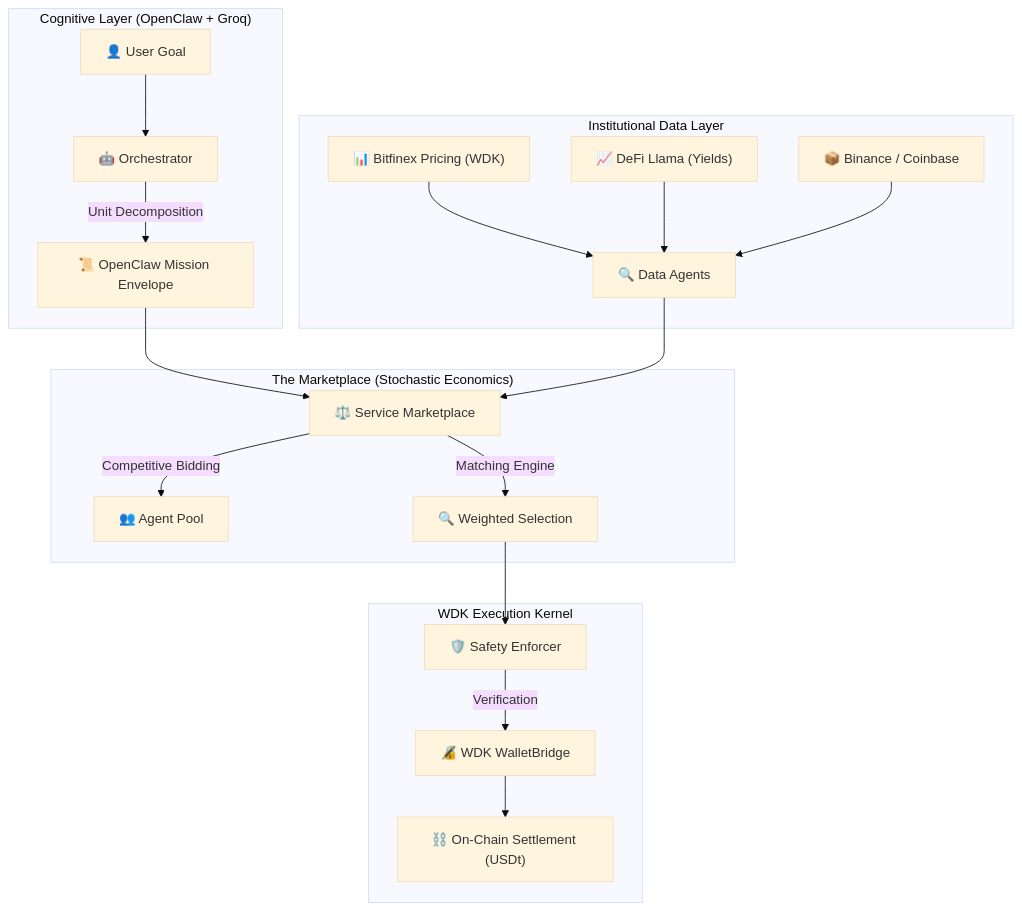
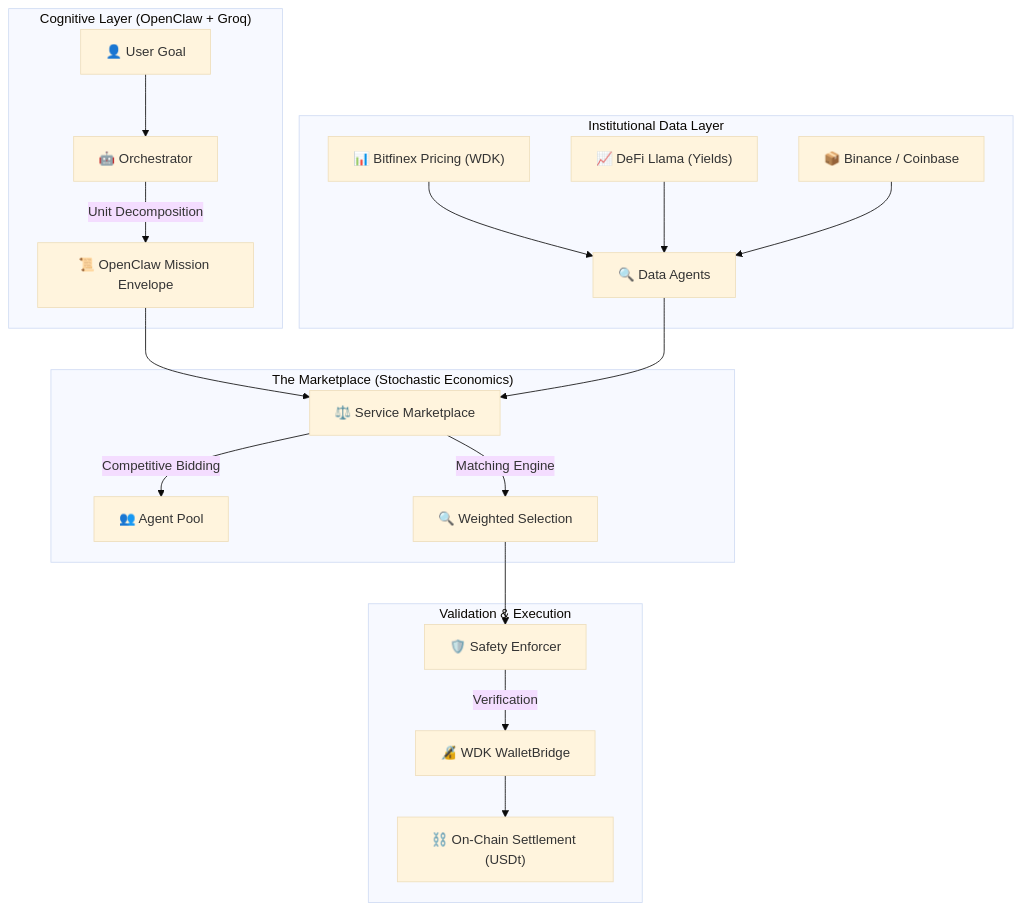
Before and after one commit to nevan-sonic/nevorax: the first of 3 diagrams in README.md, drawn with Mermaid (base theme). The commit also changed other lines of this file, not shown here.

Commit message:
The God-Tier Transparent Box - Restored Triple-Audit Diagram

````diff
--- a/README.md
+++ b/README.md
@@ -35,26 +35,26 @@
 ```mermaid
 graph TD
     subgraph "Cognitive Layer (OpenClaw + Groq)"
         A["👤 User Goal"] --> B["🤖 Orchestrator"]
         B -->|Unit Decomposition| C["📜 OpenClaw Mission Envelope"]
     end
 
     subgraph "Institutional Data Layer"
         D["📊 Bitfinex Pricing (WDK)"] --> E["🔍 Data Agents"]
         F["📈 DeFi Llama (Yields)"] --> E
         G["📦 Binance / Coinbase"] --> E
     end
 
     subgraph "The Marketplace (Stochastic Economics)"
         C --> H["⚖️ Service Marketplace"]
         E --> H
         H -->|Competitive Bidding| I["👥 Agent Pool"]
         H -->|Matching Engine| J["🔍 Weighted Selection"]
     end
 
-    subgraph "WDK Execution Kernel"
+    subgraph "Validation & Execution"
         J --> K["🛡️ Safety Enforcer"]
         K -->|Verification| L["🔏 WDK WalletBridge"]
         L --> M["⛓️ On-Chain Settlement (USDt)"]
     end
 ```
````
